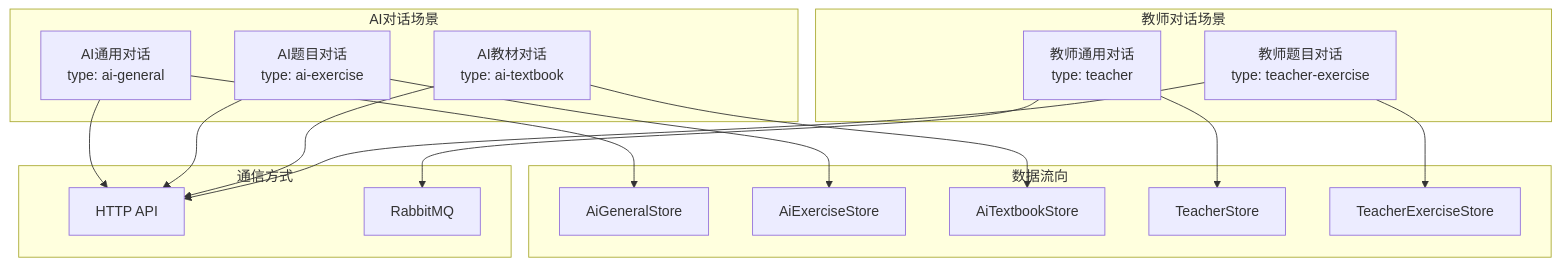
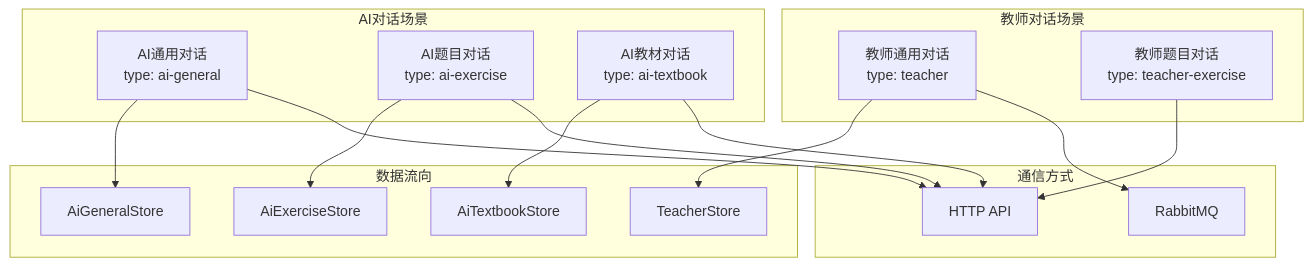
Before and after one commit to qiulinfang/openClass: the sixth of 9 diagrams in imates-web/docs-prd/聊天功能架构图.md, drawn with Mermaid. The commit also changed other lines of this file and 163 other files, not shown here.

````diff
--- a/imates-web/docs-prd/聊天功能架构图.md
+++ b/imates-web/docs-prd/聊天功能架构图.md
@@ -235,29 +230,28 @@
 ```mermaid
 graph TB
     subgraph "AI对话场景"
         AIGeneral[AI通用对话<br/>type: ai-general]
         AIExercise[AI题目对话<br/>type: ai-exercise]
         AITextbook[AI教材对话<br/>type: ai-textbook]
     end
 
     subgraph "教师对话场景"
         TeacherGeneral[教师通用对话<br/>type: teacher]
         TeacherExercise[教师题目对话<br/>type: teacher-exercise]
     end
 
     subgraph "数据流向"
         AIGeneral --> AiGeneralStore
         AIExercise --> AiExerciseStore
         AITextbook --> AiTextbookStore
         TeacherGeneral --> TeacherStore
-        TeacherExercise --> TeacherExerciseStore
     end
 
     subgraph "通信方式"
         AIGeneral --> HTTP[HTTP API]
         AIExercise --> HTTP
         AITextbook --> HTTP
         TeacherGeneral --> MQ[RabbitMQ]
         TeacherExercise --> HTTP
     end
 ```
````
